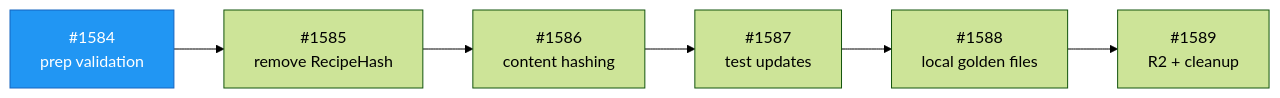
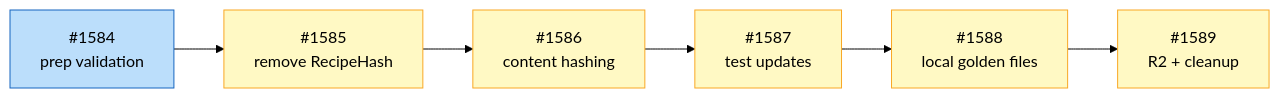
One commit to tsukumogami/tsuku changed the diagram in docs/designs/DESIGN-plan-hash-removal.md. Above: the diagram before and after it, drawn with Mermaid (forest theme). The commit also changed other lines of this file, not shown here.

Commit message:
fix: correct diagram classes and dependency link format

````diff
--- a/docs/designs/DESIGN-plan-hash-removal.md
+++ b/docs/designs/DESIGN-plan-hash-removal.md
@@ -347,11 +347,13 @@
 ```mermaid
 graph LR
     I1584["#1584<br/>prep validation"] --> I1585["#1585<br/>remove RecipeHash"]
     I1585 --> I1586["#1586<br/>content hashing"]
     I1586 --> I1587["#1587<br/>test updates"]
     I1587 --> I1588["#1588<br/>local golden files"]
     I1588 --> I1589["#1589<br/>R2 + cleanup"]
 
-    classDef ready fill:#2196F3,stroke:#1565C0,color:white
+    classDef ready fill:#bbdefb,stroke:#1565C0,color:black
+    classDef blocked fill:#fff9c4,stroke:#f9a825,color:black
     class I1584 ready
+    class I1585,I1586,I1587,I1588,I1589 blocked
 ```
````
